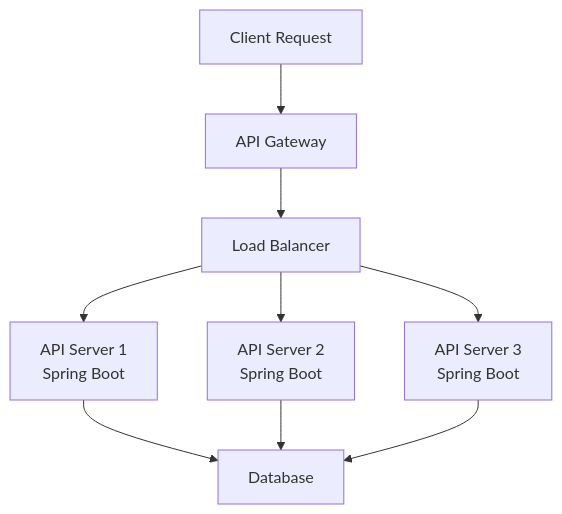
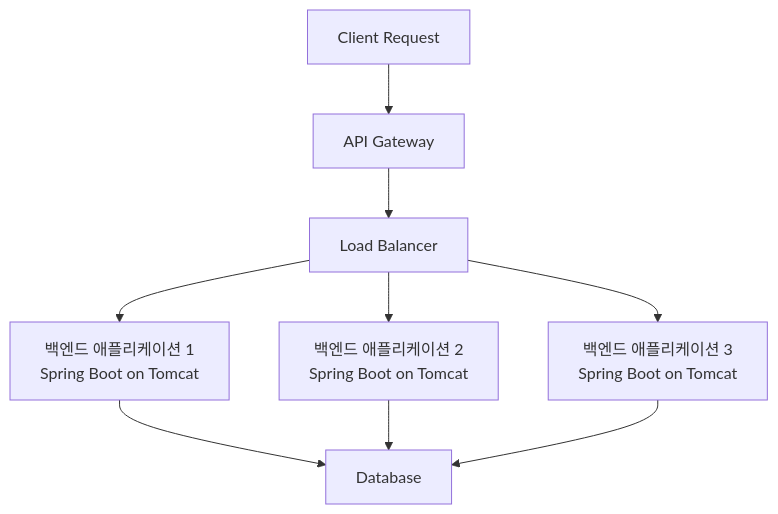
One commit to lmmj1221/senior_mhealth_lecture changed diagram 18 of 52 in docs/backend.md. Above: the diagram before and after it, drawn with Mermaid. The commit also changed other lines of this file, not shown here.

````diff
--- a/docs/backend.md
+++ b/docs/backend.md
@@ -685,11 +1026,11 @@
 ```mermaid
 graph TB
     A[Client Request] --> B[API Gateway]
     B --> C[Load Balancer]
-    C --> D1[API Server 1<br/>Spring Boot]
-    C --> D2[API Server 2<br/>Spring Boot]
-    C --> D3[API Server 3<br/>Spring Boot]
+    C --> D1[백엔드 애플리케이션 1<br/>Spring Boot on Tomcat]
+    C --> D2[백엔드 애플리케이션 2<br/>Spring Boot on Tomcat]
+    C --> D3[백엔드 애플리케이션 3<br/>Spring Boot on Tomcat]
     D1 --> E[Database]
     D2 --> E
     D3 --> E
 ```
````
